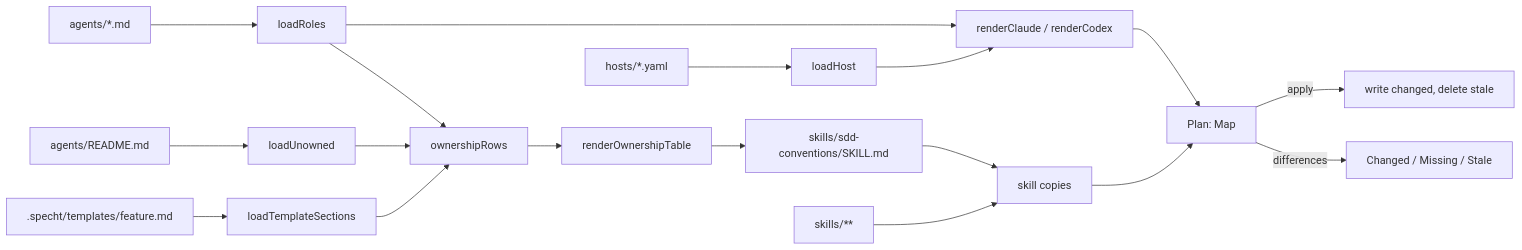
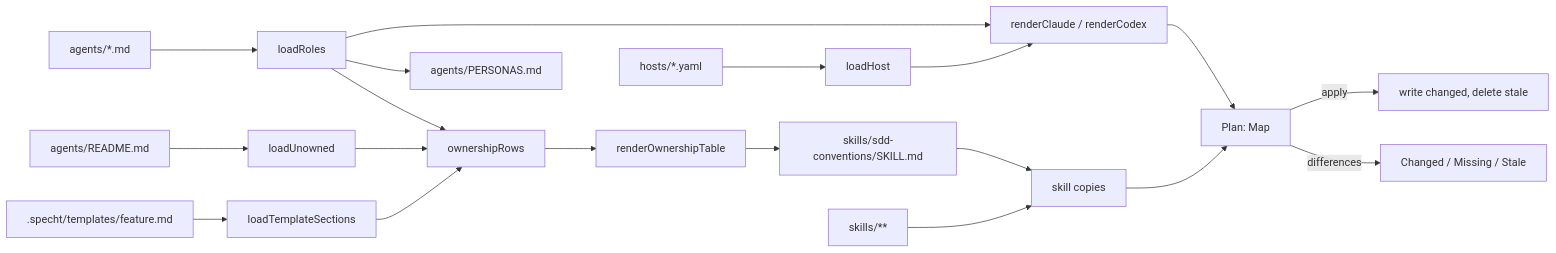
Before and after one commit to RLittlesII/agents: the diagram in scripts/.spec/README.md, drawn with Mermaid. The commit also changed other lines of this file and 3 other files, not shown here.

````diff
--- a/scripts/.spec/README.md
+++ b/scripts/.spec/README.md
@@ -124,15 +126,16 @@
 ```mermaid
 flowchart LR
   roles["agents/*.md"] --> load[loadRoles]
   readme["agents/README.md"] --> unowned[loadUnowned]
   hosts["hosts/*.yaml"] --> host[loadHost]
   template[".specht/templates/feature.md"] --> sections[loadTemplateSections]
   load & unowned & sections --> own[ownershipRows]
   own --> table[renderOwnershipTable]
   table --> companion["skills/sdd-conventions/SKILL.md"]
+  load --> roster["agents/PERSONAS.md"]
   load & host --> render["renderClaude / renderCodex"]
   companion & skills["skills/**"] --> copy["skill copies"]
   render & copy --> plan["Plan: Map<path, byte[]>"]
   plan -->|apply| write["write changed, delete stale"]
   plan -->|differences| check["Changed / Missing / Stale"]
 ```
````
